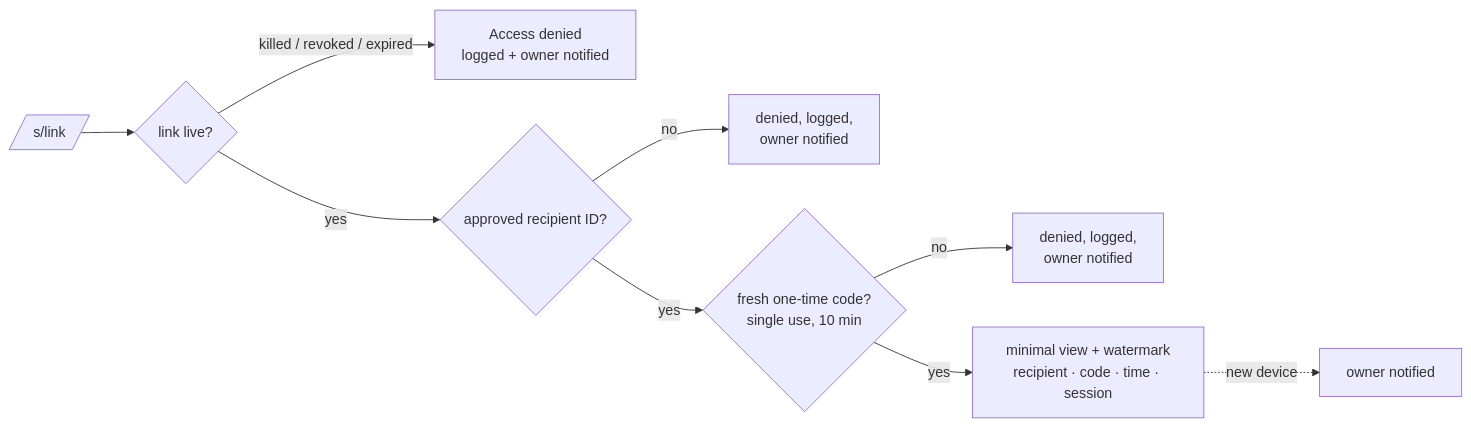
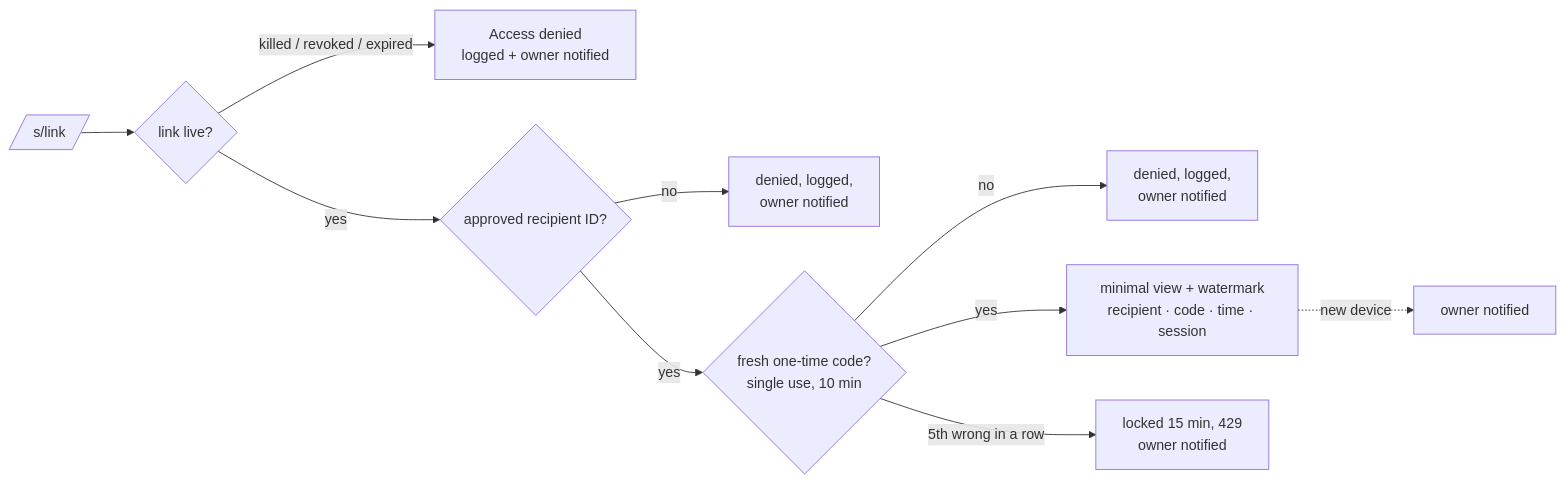
Before and after one commit to Mukesh-240/univault: the second of 3 diagrams in README.md, drawn with Mermaid. The commit also changed other lines of this file and 32 other files, not shown here.

````diff
--- a/README.md
+++ b/README.md
@@ -79,11 +79,12 @@
 ```mermaid
 flowchart LR
   L[/s/link/] --> A{link live?}
   A -- killed / revoked / expired --> D1[Access denied<br/>logged + owner notified]
   A -- yes --> B{approved recipient ID?}
   B -- no --> D2[denied, logged,<br/>owner notified]
   B -- yes --> C{fresh one-time code?<br/>single use, 10 min}
   C -- no --> D3[denied, logged,<br/>owner notified]
   C -- yes --> V[minimal view + watermark<br/>recipient · code · time · session]
+  C -- 5th wrong in a row --> K[locked 15 min, 429<br/>owner notified]
   V -. new device .-> N[owner notified]
 ```
````
